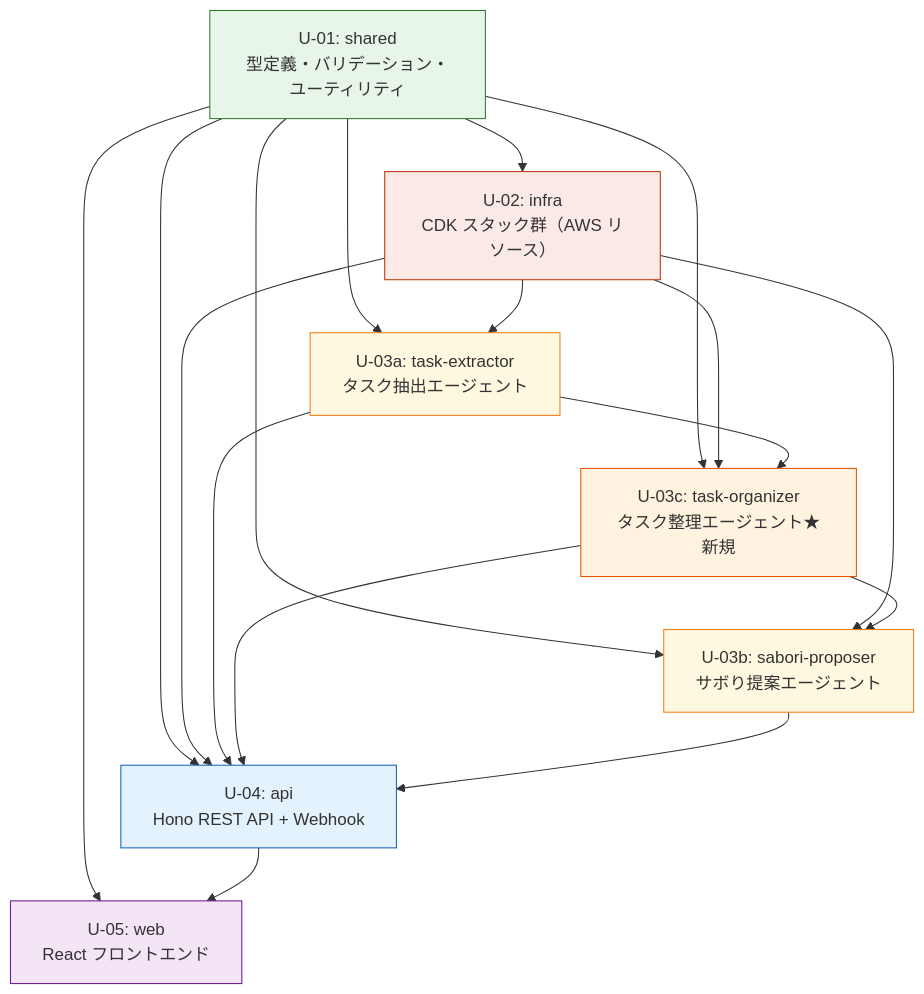
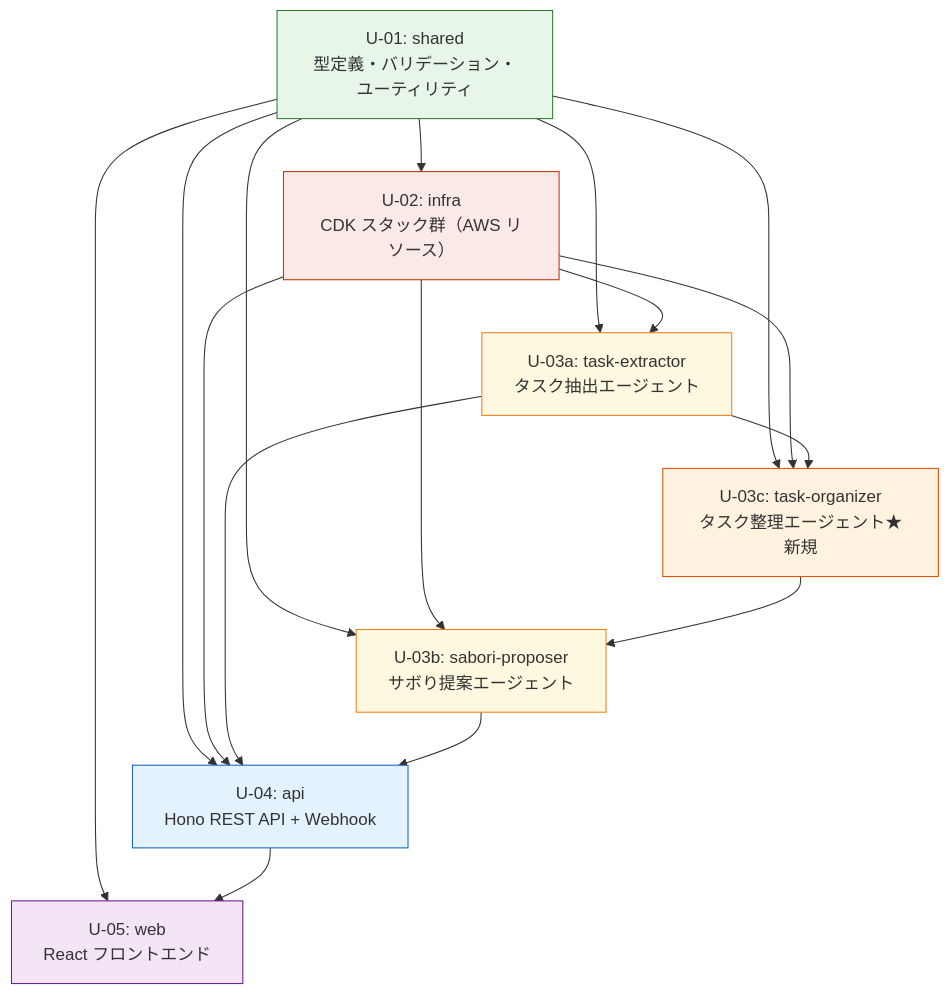
Before and after one commit to mashharuki/AWS-SummitHackathon-2026: the diagram in aidlc-docs/inception/units/unit-of-work.md, drawn with Mermaid. The commit also changed other lines of this file and 24 other files, not shown here.

````diff
--- a/aidlc-docs/inception/units/unit-of-work.md
+++ b/aidlc-docs/inception/units/unit-of-work.md
@@ -41,35 +41,34 @@
 ```mermaid
 graph TD
     U01["U-01: shared<br/>型定義・バリデーション・ユーティリティ"]
     U02["U-02: infra<br/>CDK スタック群（AWS リソース）"]
     U03A["U-03a: task-extractor<br/>タスク抽出エージェント"]
     U03C["U-03c: task-organizer<br/>タスク整理エージェント★新規"]
     U03B["U-03b: sabori-proposer<br/>サボり提案エージェント"]
     U04["U-04: api<br/>Hono REST API + Webhook"]
     U05["U-05: web<br/>React フロントエンド"]
 
     U01 --> U02
     U01 --> U03A
     U01 --> U03C
     U01 --> U03B
     U01 --> U04
     U01 --> U05
     U02 --> U03A
     U02 --> U03C
     U02 --> U03B
     U02 --> U04
     U03A --> U03C
     U03C --> U03B
     U03A --> U04
-    U03C --> U04
     U03B --> U04
     U04 --> U05
 
     style U01 fill:#E8F5E9,stroke:#2E7D32
     style U02 fill:#FBE9E7,stroke:#BF360C
     style U03A fill:#FFF8E1,stroke:#F57F17
     style U03C fill:#FFF3E0,stroke:#E65100
     style U03B fill:#FFF8E1,stroke:#F57F17
     style U04 fill:#E3F2FD,stroke:#1565C0
     style U05 fill:#F3E5F5,stroke:#6A1B9A
 ```
````
